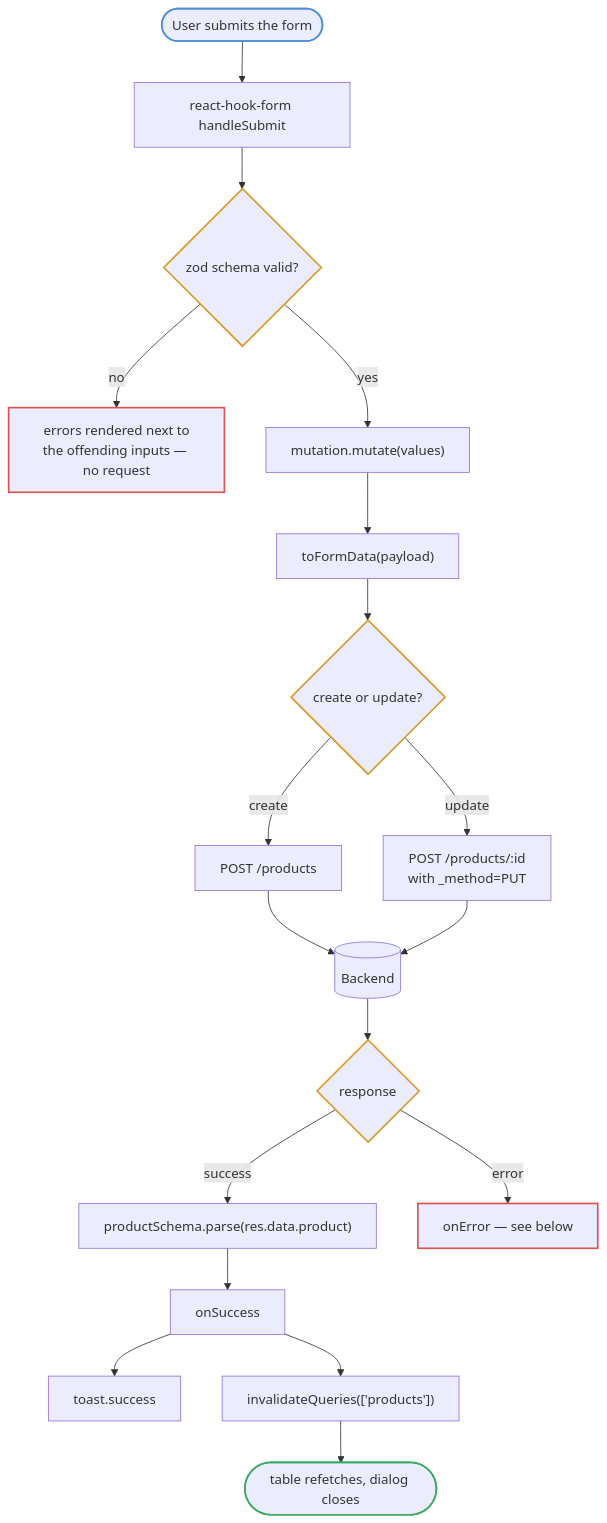
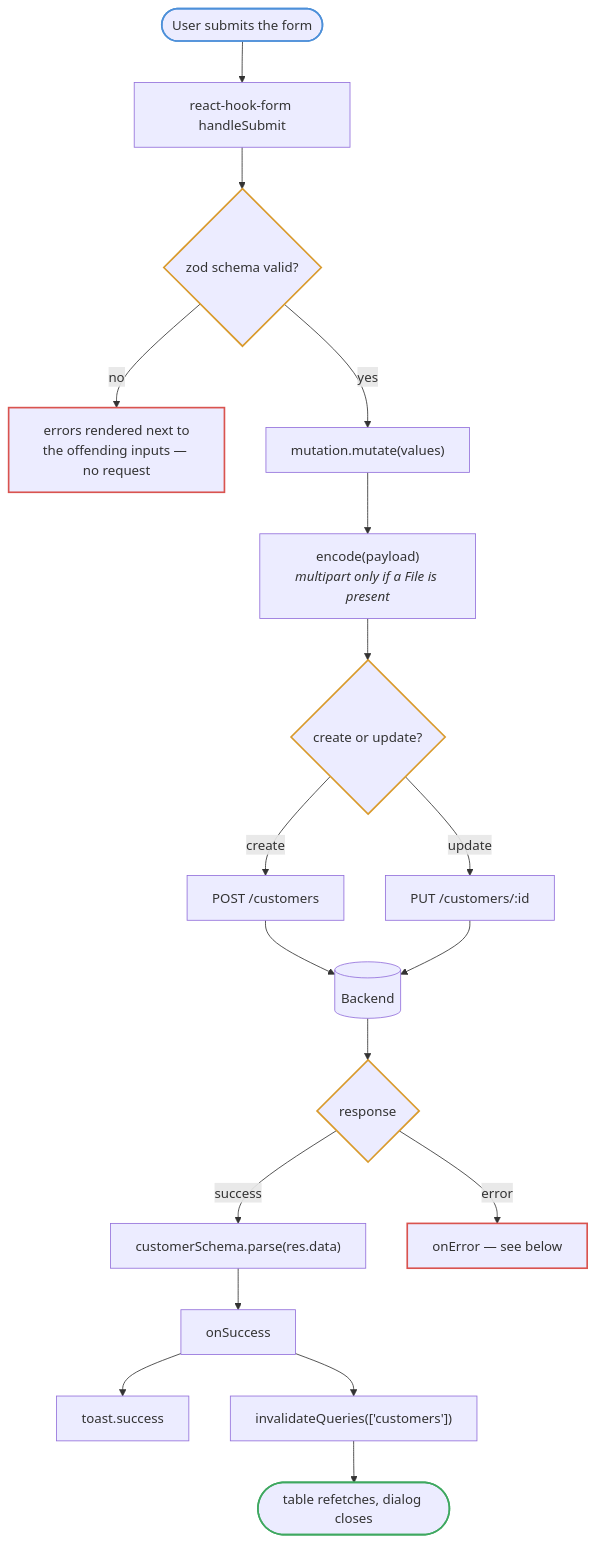
Before and after one commit to TGCTZ/TGC-SERVICE-FRONTEND: the first of 5 diagrams in docs/diagrams/mutations.md, drawn with Mermaid. The commit also changed other lines of this file and 18 other files, not shown here.

````diff
--- a/docs/diagrams/mutations.md
+++ b/docs/diagrams/mutations.md
@@ -8,32 +8,32 @@
 ```mermaid
 flowchart TD
     SUBMIT(["User submits the form"]) --> RHF["react-hook-form handleSubmit"]
     RHF --> ZOD{"zod schema valid?"}
     ZOD -->|no| FIELDS["errors rendered next to<br/>the offending inputs — no request"]
     ZOD -->|yes| MUT["mutation.mutate(values)"]
 
-    MUT --> FD["toFormData(payload)"]
-    FD --> METHOD{"create or update?"}
-    METHOD -->|create| POST["POST /products"]
-    METHOD -->|update| SPOOF["POST /products/:id<br/>with _method=PUT"]
+    MUT --> ENC["encode(payload)<br/><i>multipart only if a File is present</i>"]
+    ENC --> METHOD{"create or update?"}
+    METHOD -->|create| POST["POST /customers"]
+    METHOD -->|update| PUT["PUT /customers/:id"]
 
     POST --> API[("Backend")]
-    SPOOF --> API
+    PUT --> API
 
     API --> RESULT{"response"}
-    RESULT -->|success| PARSE["productSchema.parse(res.data.product)"]
+    RESULT -->|success| PARSE["customerSchema.parse(res.data)"]
     PARSE --> SUCCESS["onSuccess"]
     SUCCESS --> TOASTOK["toast.success"]
-    SUCCESS --> INV["invalidateQueries(['products'])"]
+    SUCCESS --> INV["invalidateQueries(['customers'])"]
     INV --> REFETCH(["table refetches, dialog closes"])
 
     RESULT -->|error| ERR["onError — see below"]
 
     style SUBMIT stroke:#4d90d9,stroke-width:2px
     style ZOD stroke:#d99a2b,stroke-width:2px
     style METHOD stroke:#d99a2b,stroke-width:2px
     style RESULT stroke:#d99a2b,stroke-width:2px
     style REFETCH stroke:#3fa860,stroke-width:2px
     style FIELDS stroke:#d9534f,stroke-width:2px
     style ERR stroke:#d9534f,stroke-width:2px
 ```
````
